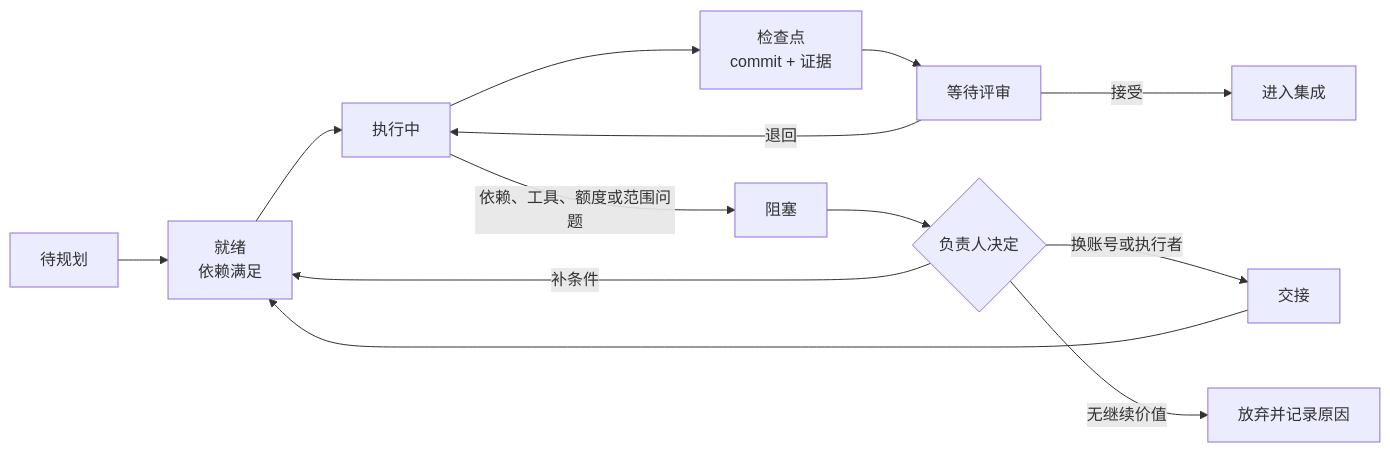
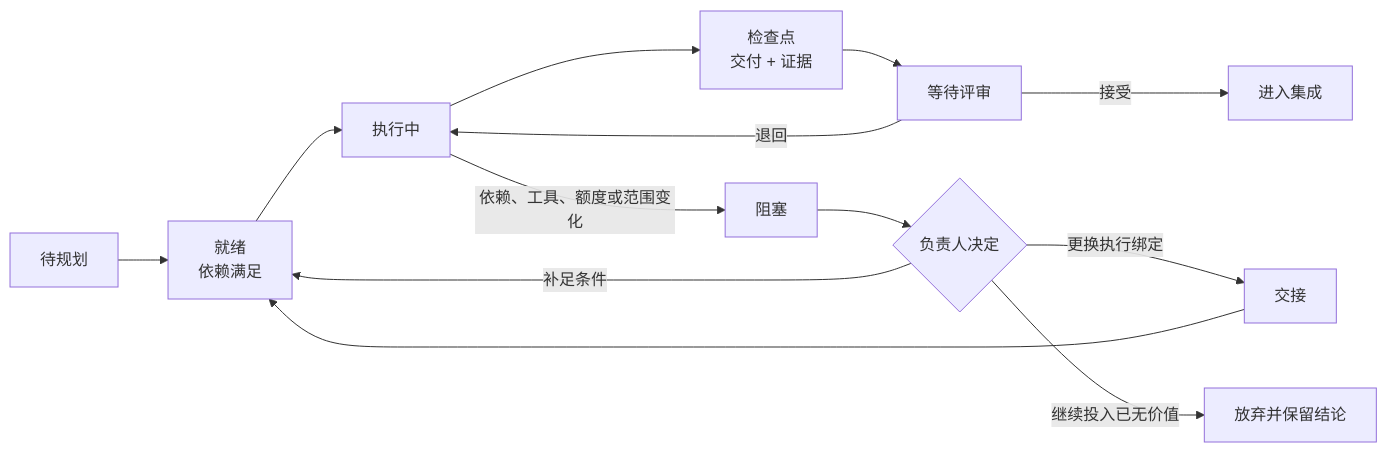
The fourth of 5 diagrams in docs/MULTI_AGENT_ENGINEERING_WORKFLOW_GUIDE.md (shuqianglin1997/agent-desk), drawn with Mermaid before and after one commit. The commit also changed other lines of this file, not shown here.

````diff
--- a/docs/MULTI_AGENT_ENGINEERING_WORKFLOW_GUIDE.md
+++ b/docs/MULTI_AGENT_ENGINEERING_WORKFLOW_GUIDE.md
@@ -466,15 +396,15 @@
 ```mermaid
 flowchart LR
   P["待规划"] --> R["就绪<br/>依赖满足"]
   R --> W["执行中"]
-  W --> C["检查点<br/>commit + 证据"]
+  W --> C["检查点<br/>交付 + 证据"]
   C --> Q["等待评审"]
   Q -->|"接受"| A["进入集成"]
   Q -->|"退回"| W
-  W -->|"依赖、工具、额度或范围问题"| B["阻塞"]
+  W -->|"依赖、工具、额度或范围变化"| B["阻塞"]
   B --> D{"负责人决定"}
-  D -->|"补条件"| R
-  D -->|"换账号或执行者"| H["交接"]
+  D -->|"补足条件"| R
+  D -->|"更换执行绑定"| H["交接"]
   H --> R
-  D -->|"无继续价值"| X["放弃并记录原因"]
+  D -->|"继续投入已无价值"| X["放弃并保留结论"]
 ```
````
